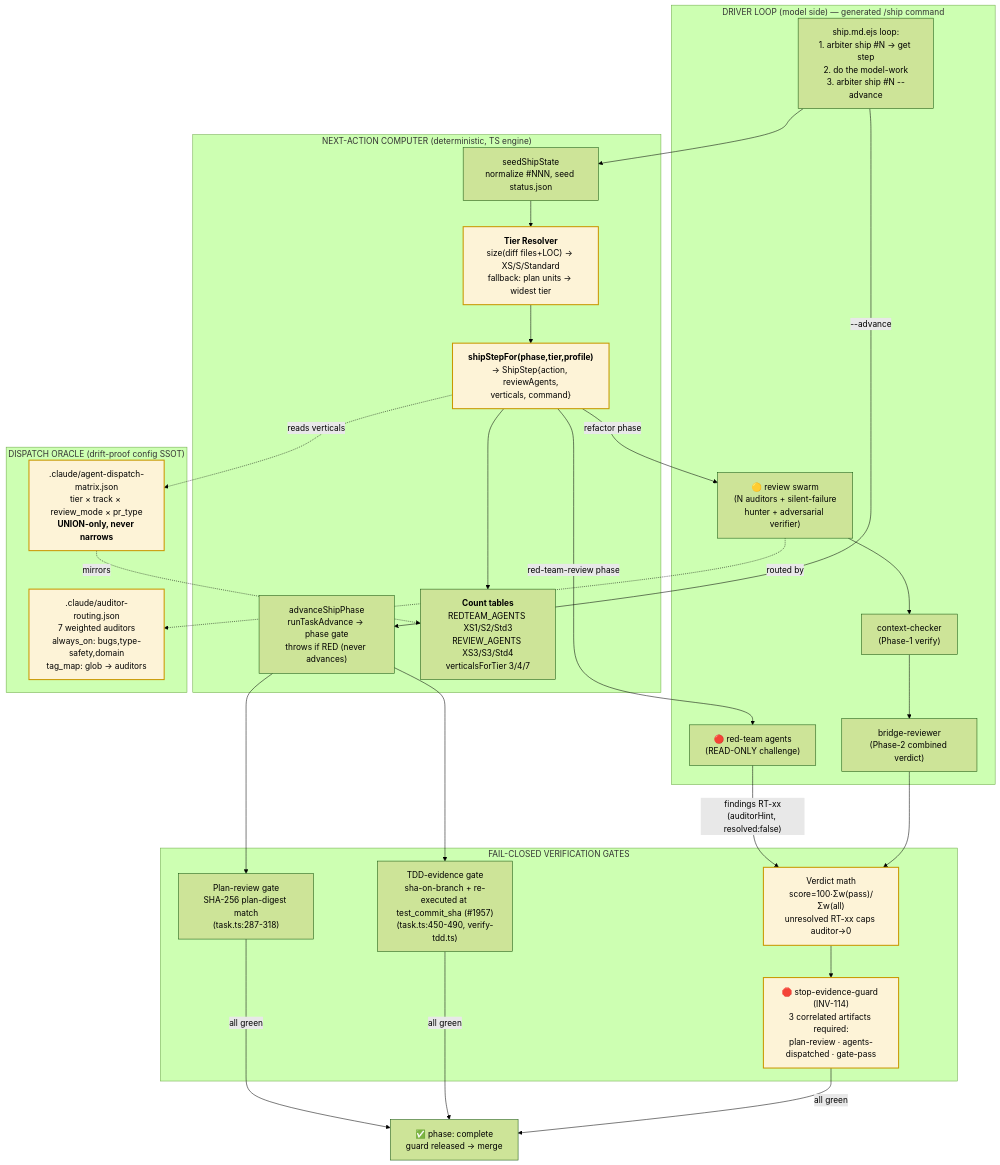
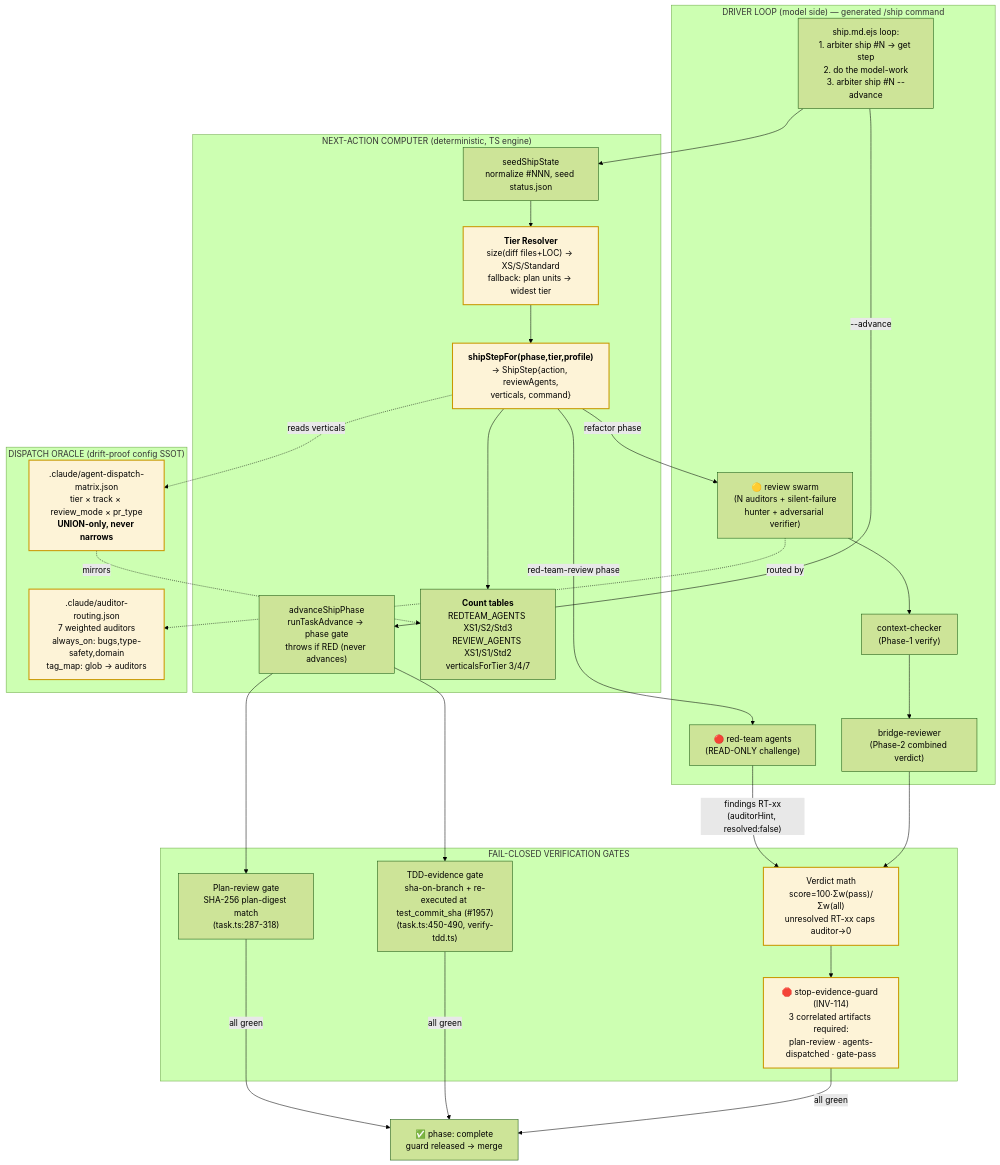
Before and after one commit to LucaDominici/arbiter: the third of 3 diagrams in docs/architecture/c4-model.md, drawn with Mermaid (forest theme). The commit also changed other lines of this file and 39 other files, not shown here.

````diff
--- a/docs/architecture/c4-model.md
+++ b/docs/architecture/c4-model.md
@@ -183,48 +183,48 @@
 ```mermaid
 graph TB
     subgraph driver["DRIVER LOOP (model side) — generated /ship command"]
       loop["ship.md.ejs loop:<br/>1. arbiter ship #N → get step<br/>2. do the model-work<br/>3. arbiter ship #N --advance"]
       rt["🔴 red-team agents<br/>(READ-ONLY challenge)"]
       rev["🟡 review swarm<br/>(N auditors + silent-failure<br/>hunter + adversarial verifier)"]
       cc["context-checker<br/>(Phase-1 verify)"]
       br["bridge-reviewer<br/>(Phase-2 combined verdict)"]
     end
 
     subgraph engine["NEXT-ACTION COMPUTER (deterministic, TS engine)"]
       seed["seedShipState<br/>normalize #NNN, seed status.json"]
       tierR["<b>Tier Resolver</b><br/>size(diff files+LOC) → XS/S/Standard<br/>fallback: plan units → widest tier"]
       step["<b>shipStepFor(phase,tier,profile)</b><br/>→ ShipStep{action, reviewAgents,<br/>verticals, command}"]
       adv["advanceShipPhase<br/>runTaskAdvance → phase gate<br/>throws if RED (never advances)"]
-      counts["<b>Count tables</b><br/>REDTEAM_AGENTS XS1/S2/Std3<br/>REVIEW_AGENTS XS3/S3/Std4<br/>verticalsForTier 3/4/7"]
+      counts["<b>Count tables</b><br/>REDTEAM_AGENTS XS1/S2/Std3<br/>REVIEW_AGENTS XS1/S1/Std2<br/>verticalsForTier 3/4/7"]
     end
 
     subgraph route["DISPATCH ORACLE (drift-proof config SSOT)"]
       matrix[".claude/agent-dispatch-matrix.json<br/>tier × track × review_mode × pr_type<br/><b>UNION-only, never narrows</b>"]
       audr[".claude/auditor-routing.json<br/>7 weighted auditors<br/>always_on: bugs,type-safety,domain<br/>tag_map: glob → auditors"]
     end
 
     subgraph gates["FAIL-CLOSED VERIFICATION GATES"]
       pg["Plan-review gate<br/>SHA-256 plan-digest match<br/>(task.ts:287-318)"]
       tg["TDD-evidence gate<br/>sha-on-branch + re-executed at test_commit_sha (#1957)<br/>(task.ts:450-490, verify-tdd.ts)"]
       sg["🛑 stop-evidence-guard (INV-114)<br/>3 correlated artifacts required:<br/>plan-review · agents-dispatched · gate-pass"]
       cap["Verdict math<br/>score=100·Σw(pass)/Σw(all)<br/>unresolved RT-xx caps auditor→0"]
     end
 
     loop --> seed --> tierR --> step
     step --> counts
     step -->|"red-team-review phase"| rt
     step -->|"refactor phase"| rev
     step -.reads verticals.-> matrix
     rev -.routed by.-> audr
     matrix -.mirrors.-> counts
     rt -->|"findings RT-xx<br/>(auditorHint, resolved:false)"| cap
     rev --> cc --> br
     br --> cap
     cap --> sg
     loop -->|"--advance"| adv
     adv --> pg & tg
     pg & tg & sg -->|"all green"| complete["✅ phase: complete<br/>guard released → merge"]
 
     classDef jewel fill:#fdf3d7,stroke:#c99700,stroke-width:2px;
     class tierR,step,matrix,audr,sg,cap jewel;
 ```
````
